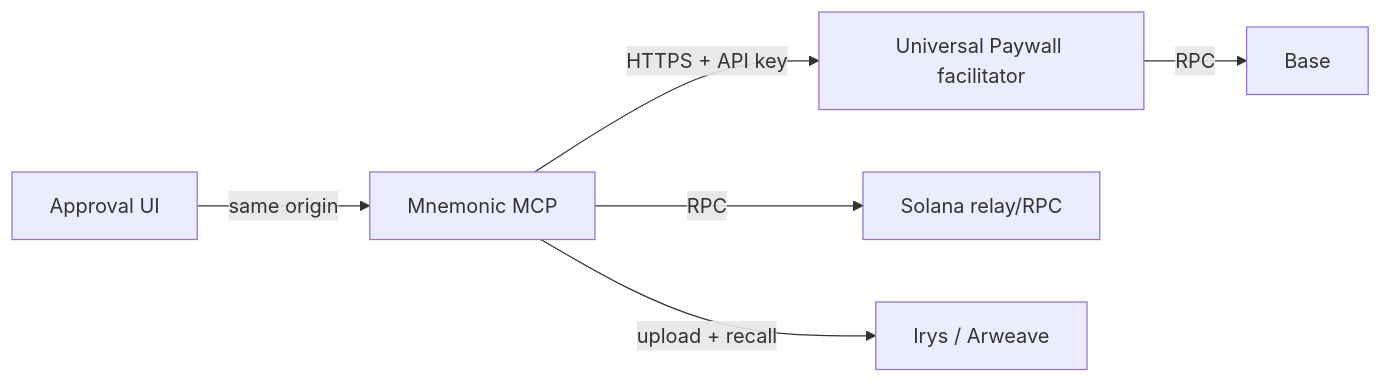
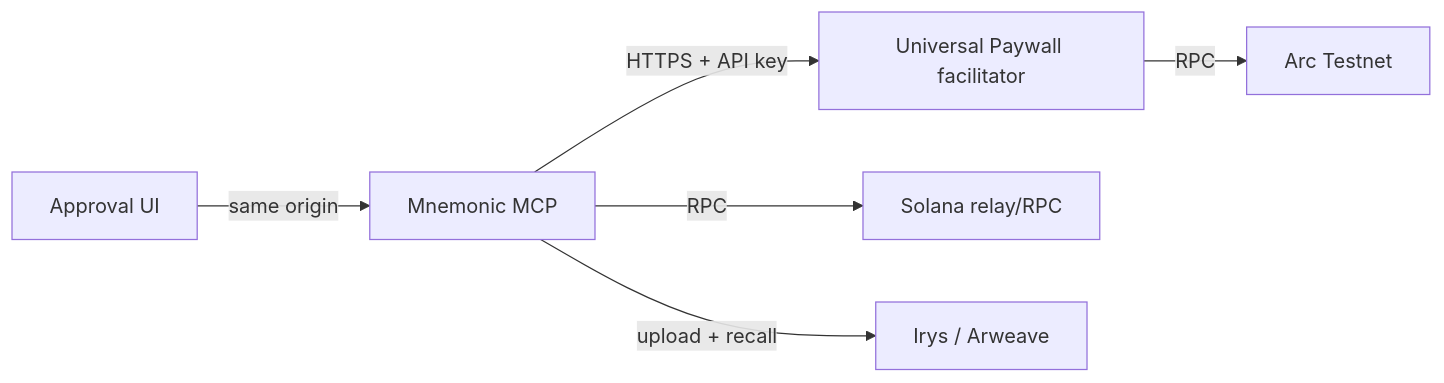
Before and after one commit to mnemonik-dev/coding-fabric: the diagram in infrastructure/paywall-staging/README.md, drawn with Mermaid. The commit also changed other lines of this file and 8 other files, not shown here.

Commit message:
feat(staging): target Arc Testnet paywall

````diff
--- a/infrastructure/paywall-staging/README.md
+++ b/infrastructure/paywall-staging/README.md
@@ -22,8 +22,8 @@
 ```mermaid
 flowchart LR
   UI[Approval UI] -->|same origin| MCP[Mnemonic MCP]
   MCP -->|HTTPS + API key| UP[Universal Paywall facilitator]
   MCP -->|RPC| SOL[Solana relay/RPC]
   MCP -->|upload + recall| IRYS[Irys / Arweave]
-  UP -->|RPC| EVM[Base]
+  UP -->|RPC| EVM[Arc Testnet]
 ```
````
